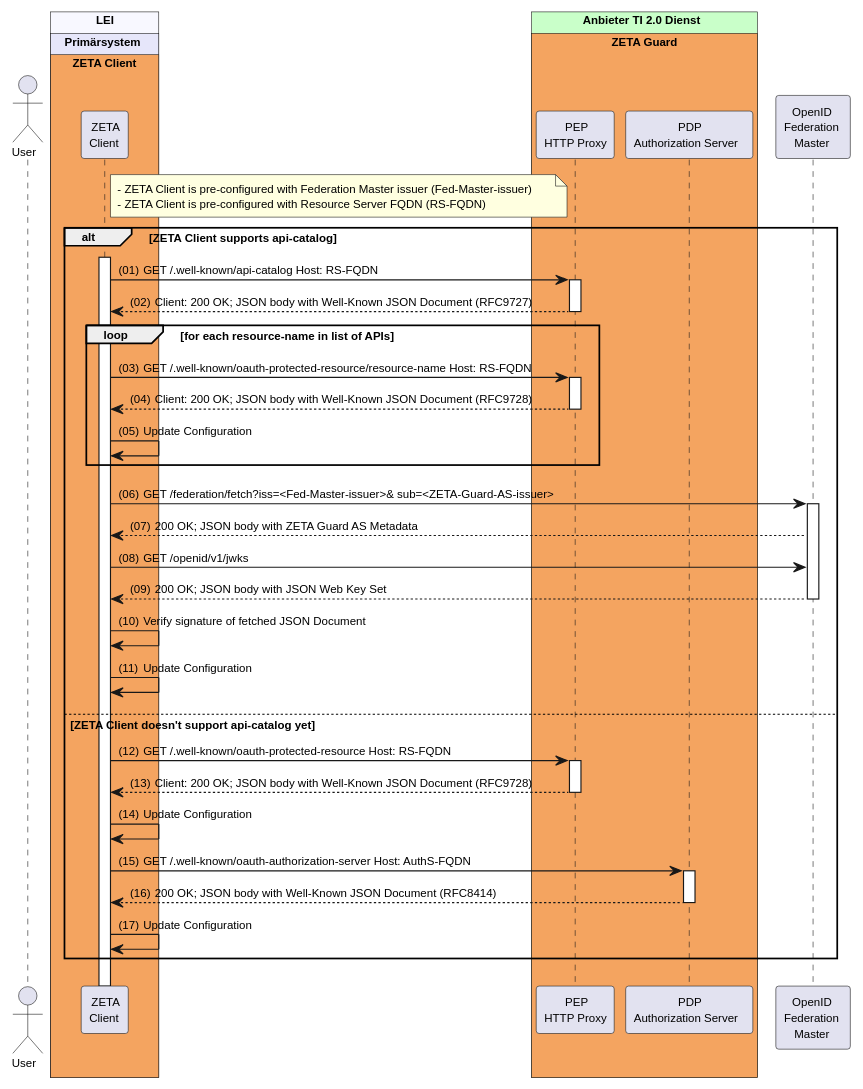
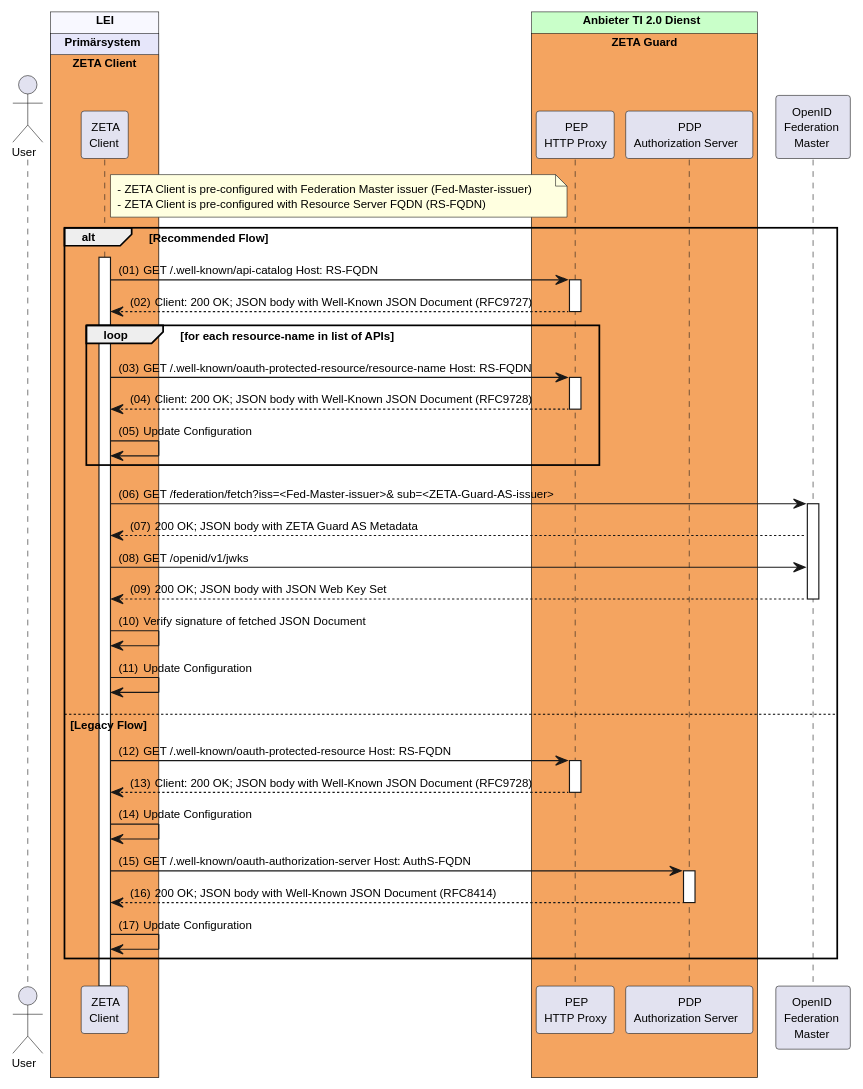
The diagram in src/plantuml/discovery-and-configuration/discovery-and-configuration.puml (gematik/zeta), drawn with PlantUML before and after one commit.

Commit message:
refactor: update flow descriptions for ZETA Client's api-catalog support

```diff
--- a/src/plantuml/discovery-and-configuration/discovery-and-configuration.puml
+++ b/src/plantuml/discovery-and-configuration/discovery-and-configuration.puml
@@ -1,66 +1,66 @@
 @startuml "discovery-and-configuration"
 autonumber "(00)"
 skinparam defaultFontSize 10
 skinparam defaultFontName Helvetica
 skinparam DefaultMonospacedFontName Courier
 skinparam lengthAdjust none
 skinparam sequenceReferenceBackgroundColor White
 skinparam SequenceReferenceFontSize 12
 /'skinparam SequenceReferenceFontStyle bold
 '/
 
 
 !pragma teoz true
 
 Actor User
 box "LEI" #GhostWhite
   box "Primärsystem" #Lavender
     box "ZETA Client" #SandyBrown
       participant Client as "ZETA\nClient"
     end box
   end box
 end box
 
 box "Anbieter TI 2.0 Dienst" #TECHNOLOGY
   box "ZETA Guard" #SandyBrown
     participant HP as "PEP\nHTTP Proxy"
     participant AuthS as "PDP\nAuthorization Server" 
   end box
 end box
 
 participant FM as "OpenID\nFederation\nMaster"
 
 note right of Client #LightYellow
   - ZETA Client is pre-configured with Federation Master issuer (Fed-Master-issuer)
   - ZETA Client is pre-configured with Resource Server FQDN (RS-FQDN)
 end note
 
-alt ZETA Client supports api-catalog
+alt Recommended Flow
   Client ++
   Client -> HP++: GET /.well-known/api-catalog Host: RS-FQDN
   HP --> Client--: Client: 200 OK; JSON body with Well-Known JSON Document  (RFC9727)
   loop for each resource-name in list of APIs
     Client -> HP ++ : GET /.well-known/oauth-protected-resource/resource-name   Host: RS-FQDN
     HP --> Client--: Client: 200 OK; JSON body with Well-Known JSON Document  (RFC9728)
     Client -> Client: Update Configuration
   end
 
   Client -> FM++: GET /federation/fetch?iss=<Fed-Master-issuer>&  sub=<ZETA-Guard-AS-issuer>
   FM --> Client : 200 OK; JSON body with ZETA Guard AS Metadata
   Client -> FM: GET /openid/v1/jwks
   FM --> Client--: 200 OK; JSON body with JSON Web Key Set
   Client -> Client: Verify signature of fetched JSON Document
   Client -> Client: Update Configuration
 
-else ZETA Client doesn't support api-catalog yet 
+else Legacy Flow 
 
   Client -> HP ++ : GET /.well-known/oauth-protected-resource Host: RS-FQDN
   HP --> Client--: Client: 200 OK; JSON body with Well-Known JSON Document  (RFC9728)
   Client -> Client: Update Configuration
 
   Client -> AuthS ++ : GET /.well-known/oauth-authorization-server Host:  AuthS-FQDN
   AuthS --> Client -- : 200 OK; JSON body with Well-Known JSON Document   (RFC8414)
 
   Client -> Client: Update Configuration
 end
 @enduml
```
